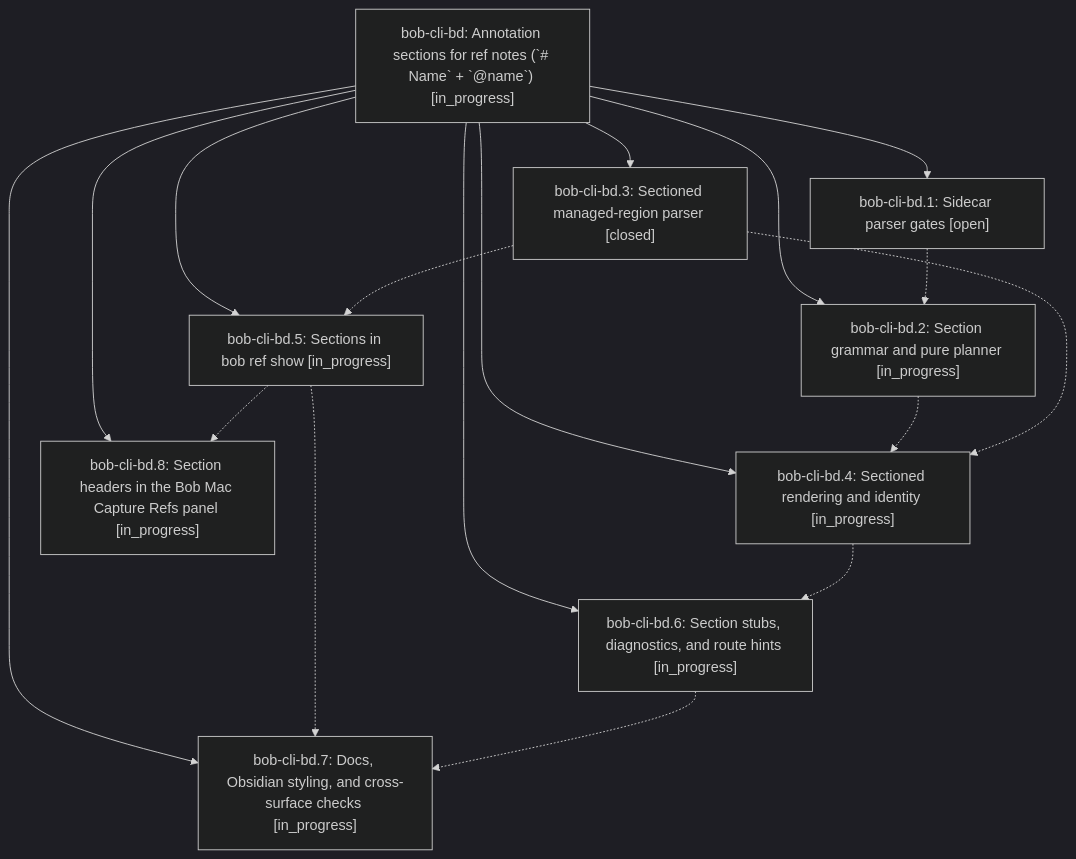
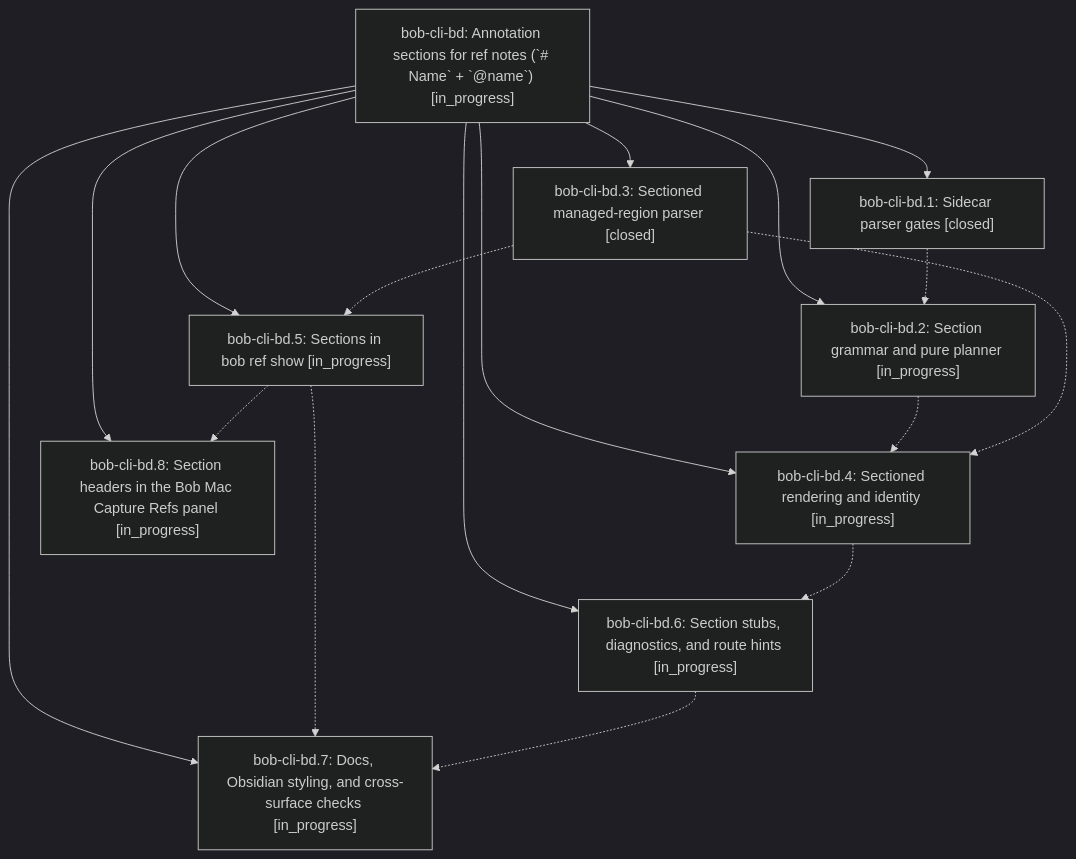
Before and after one commit to bobs-org/bob-cli--beads: the diagram in pages/bob-cli-bd/README.md, drawn with Mermaid (dark theme). The commit also changed other lines of this file and 3 other files, not shown here.

First line of the commit message:
chore(beads): sync bead state and pages for bob-cli-bd

````diff
--- a/pages/bob-cli-bd/README.md
+++ b/pages/bob-cli-bd/README.md
@@ -41,28 +41,28 @@
 ```mermaid
 flowchart TD
     n0["bob-cli-bd: Annotation sections for ref notes (`# Name` + `@name`) [in_progress]"]
-    n1["bob-cli-bd.1: Sidecar parser gates [open]"]
+    n1["bob-cli-bd.1: Sidecar parser gates [closed]"]
     n2["bob-cli-bd.2: Section grammar and pure planner [in_progress]"]
     n3["bob-cli-bd.3: Sectioned managed-region parser [closed]"]
     n4["bob-cli-bd.4: Sectioned rendering and identity [in_progress]"]
     n5["bob-cli-bd.5: Sections in bob ref show [in_progress]"]
     n6["bob-cli-bd.6: Section stubs, diagnostics, and route hints [in_progress]"]
     n7["bob-cli-bd.7: Docs, Obsidian styling, and cross-surface checks [in_progress]"]
     n8["bob-cli-bd.8: Section headers in the Bob Mac Capture Refs panel [in_progress]"]
     n0 --> n1
     n0 --> n2
     n0 --> n3
     n0 --> n4
     n0 --> n5
     n0 --> n6
     n0 --> n7
     n0 --> n8
     n1 -.-> n2
     n2 -.-> n4
     n3 -.-> n4
     n3 -.-> n5
     n4 -.-> n6
     n5 -.-> n7
     n5 -.-> n8
     n6 -.-> n7
 ```
````
